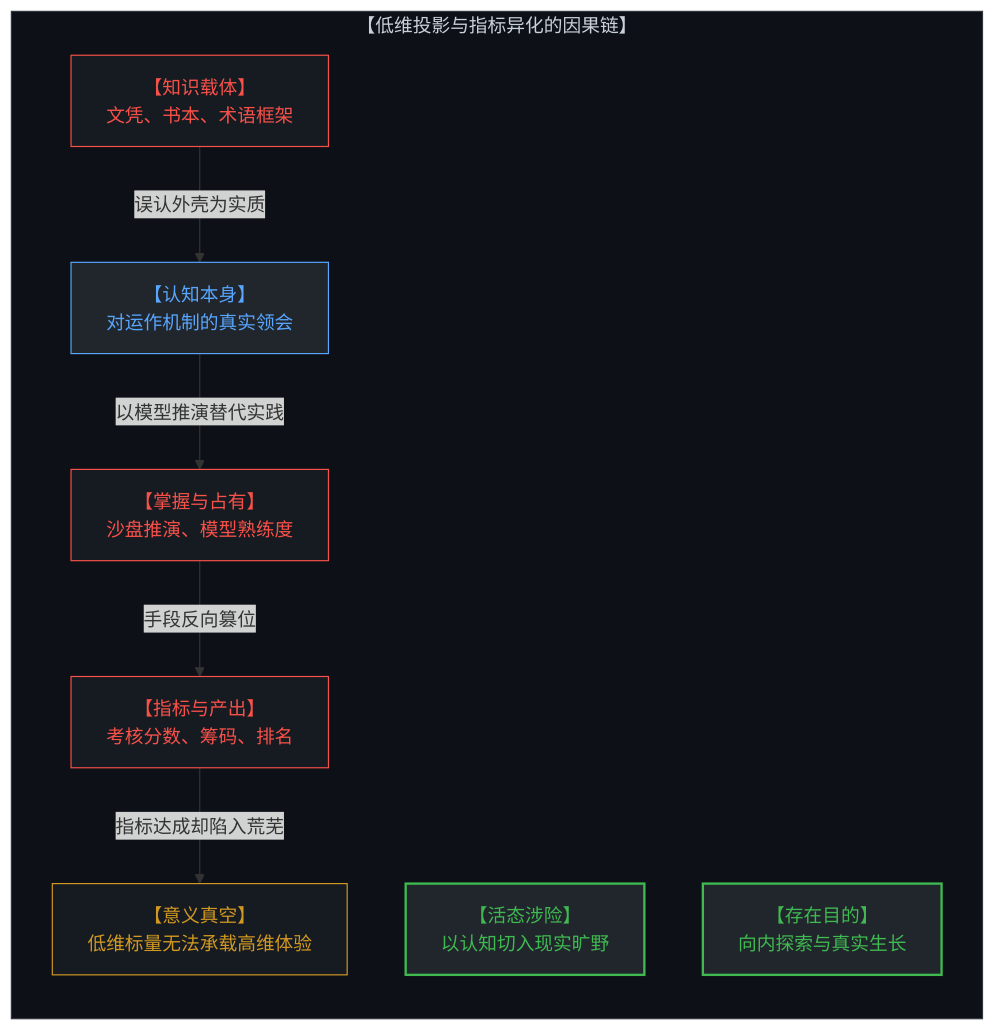
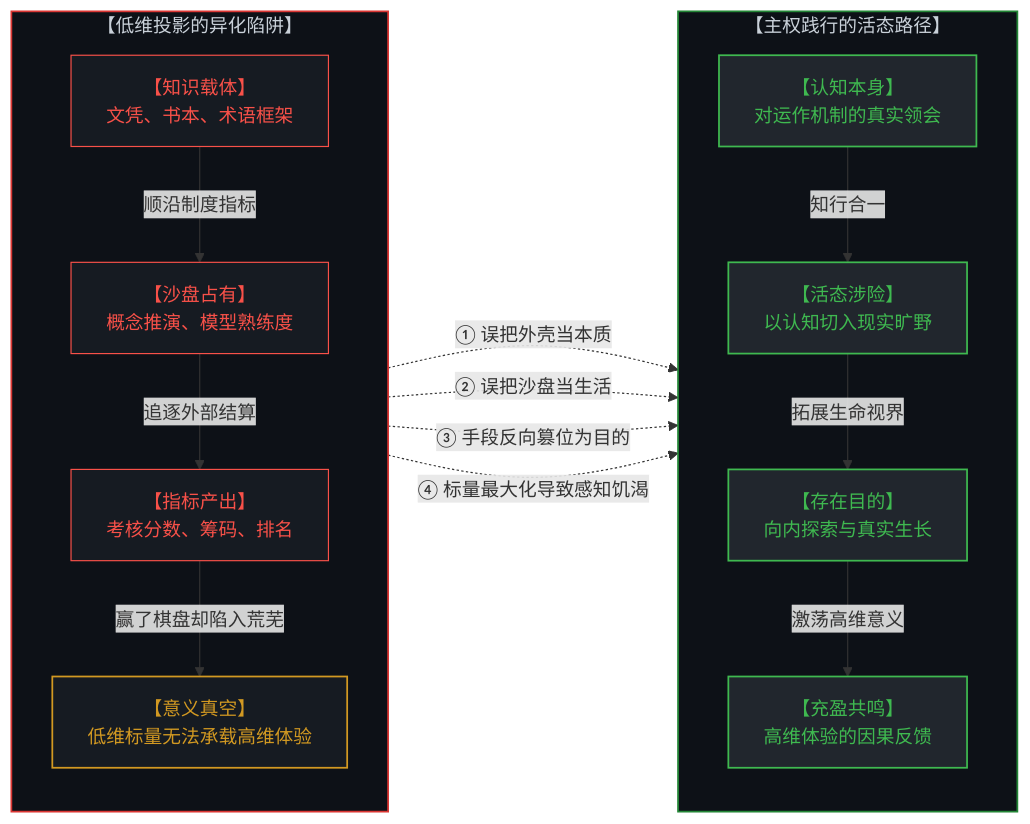
One commit to powerpig99/not-a-toe changed the first of 6 diagrams in content/posts/coordinate-systems-mind-and-degrees-of-freedom.md. Above: the diagram before and after it, drawn with Mermaid. The commit also changed other lines of this file, not shown here.

Commit message:
Fix Section 1 Mermaid diagram: connect living path vs alienation trap

````diff
--- a/content/posts/coordinate-systems-mind-and-degrees-of-freedom.md
+++ b/content/posts/coordinate-systems-mind-and-degrees-of-freedom.md
@@ -15,27 +15,43 @@
 ```mermaid
-graph TD
-    subgraph DimensionCollapse["【低维投影与指标异化的因果链】"]
+graph LR
+    subgraph PathOfLiving["【主权践行的活态路径】"]
+        direction TB
+        Knowledge["【认知本身】<br>对运作机制的真实领会"]
+        Living["【活态涉险】<br>以认知切入现实旷野"]
+        EndGoal["【存在目的】<br>向内探索与真实生长"]
+        Resonance["【充盈共鸣】<br>高维体验的因果反馈"]
+
+        Knowledge -->|"知行合一"| Living
+        Living -->|"拓展生命视界"| EndGoal
+        EndGoal -->|"激荡高维意义"| Resonance
+    end
+
+    subgraph PathOfTrap["【低维投影的异化陷阱】"]
         direction TB
         Carrier["【知识载体】<br>文凭、书本、术语框架"]
-        Knowledge["【认知本身】<br>对运作机制的真实领会"]
-        Control["【掌握与占有】<br>沙盘推演、模型熟练度"]
-        Living["【活态涉险】<br>以认知切入现实旷野"]
-        Tools["【指标与产出】<br>考核分数、筹码、排名"]
-        EndGoal["【存在目的】<br>向内探索与真实生长"]
+        Control["【沙盘占有】<br>概念推演、模型熟练度"]
+        Tools["【指标产出】<br>考核分数、筹码、排名"]
         Vacuum["【意义真空】<br>低维标量无法承载高维体验"]
 
-        Carrier -->|"误认外壳为实质"| Knowledge
-        Knowledge -->|"以模型推演替代实践"| Control
-        Control -->|"手段反向篡位"| Tools
-        Tools -->|"指标达成却陷入荒芜"| Vacuum
+        Carrier -->|"顺沿制度指标"| Control
+        Control -->|"追逐外部结算"| Tools
+        Tools -->|"赢了棋盘却陷入荒芜"| Vacuum
     end
 
-    style DimensionCollapse fill:#0d1117,stroke:#30363d,stroke-width:1px,color:#c9d1d9
+    Carrier -.->|"① 误把外壳当本质"| Knowledge
+    Control -.->|"② 误把沙盘当生活"| Living
+    Tools -.->|"③ 手段反向篡位为目的"| EndGoal
+    Vacuum -.->|"④ 标量最大化导致感知饥渴"| Resonance
+
+    style PathOfLiving fill:#0d1117,stroke:#238636,stroke-width:1.5px,color:#c9d1d9
+    style Knowledge fill:#21262d,stroke:#3fb950,stroke-width:1.5px,color:#3fb950
+    style Living fill:#21262d,stroke:#3fb950,stroke-width:1.5px,color:#3fb950
+    style EndGoal fill:#21262d,stroke:#3fb950,stroke-width:1.5px,color:#3fb950
+    style Resonance fill:#21262d,stroke:#3fb950,stroke-width:1.5px,color:#3fb950
+
+    style PathOfTrap fill:#0d1117,stroke:#da3633,stroke-width:1.5px,color:#c9d1d9
     style Carrier fill:#161b22,stroke:#f85149,stroke-width:1px,color:#f85149
-    style Knowledge fill:#21262d,stroke:#58a6ff,stroke-width:1px,color:#58a6ff
     style Control fill:#161b22,stroke:#f85149,stroke-width:1px,color:#f85149
-    style Living fill:#21262d,stroke:#3fb950,stroke-width:2px,color:#3fb950
     style Tools fill:#161b22,stroke:#f85149,stroke-width:1px,color:#f85149
-    style EndGoal fill:#21262d,stroke:#3fb950,stroke-width:2px,color:#3fb950
-    style Vacuum fill:#161b22,stroke:#d29922,stroke-width:1px,color:#d29922
+    style Vacuum fill:#161b22,stroke:#d29922,stroke-width:1.5px,color:#d29922
 ```
````
